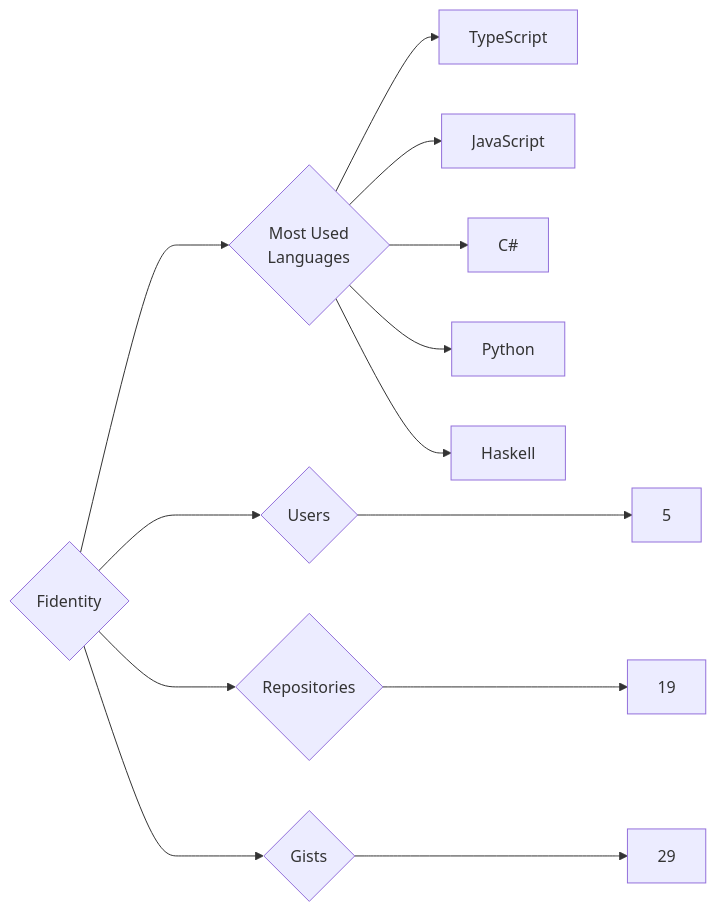
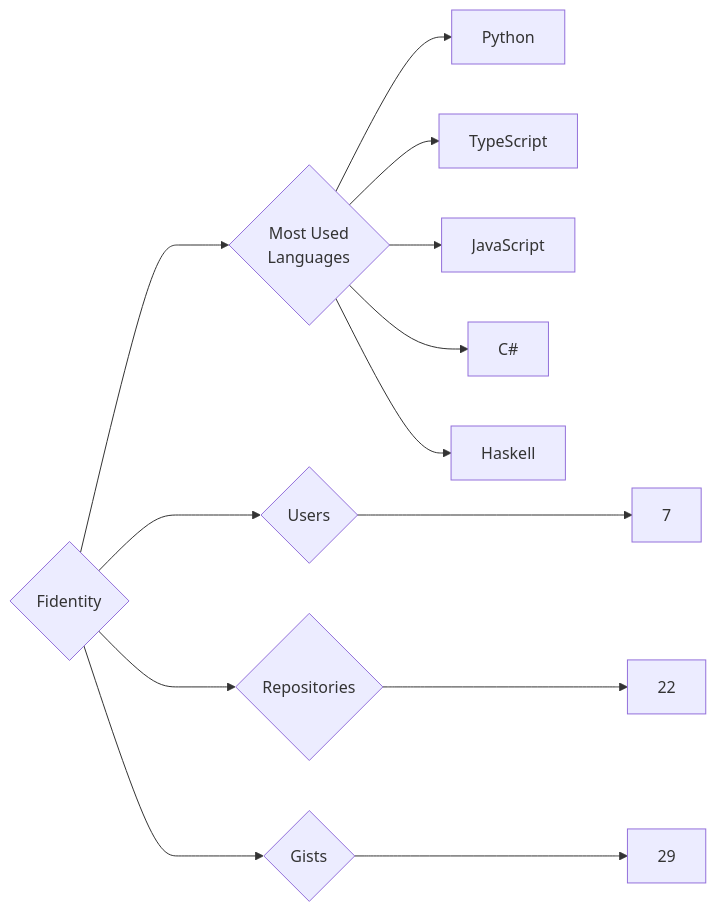
The diagram in targets/Fidentity/README.md (trickest/insiders), drawn with Mermaid before and after one commit. The commit also changed 997 other files, not shown here.

````diff
--- a/targets/Fidentity/README.md
+++ b/targets/Fidentity/README.md
@@ -3,13 +3,13 @@
 ```mermaid
 graph LR
 COMPANY_NAME{Fidentity}
-COMPANY_NAME ---> U{Users} ---> UN[5]
-COMPANY_NAME ---> R{Repositories} ---> RN[19]
+COMPANY_NAME ---> U{Users} ---> UN[7]
+COMPANY_NAME ---> R{Repositories} ---> RN[22]
 COMPANY_NAME ---> G{Gists} ---> GN[29]
 COMPANY_NAME ---> ML{Most Used<br>Languages}
+ML --> Python[Python]
 ML --> TypeScript[TypeScript]
 ML --> JavaScript[JavaScript]
 ML --> C#[C#]
-ML --> Python[Python]
 ML --> Haskell[Haskell]
 ```
````
